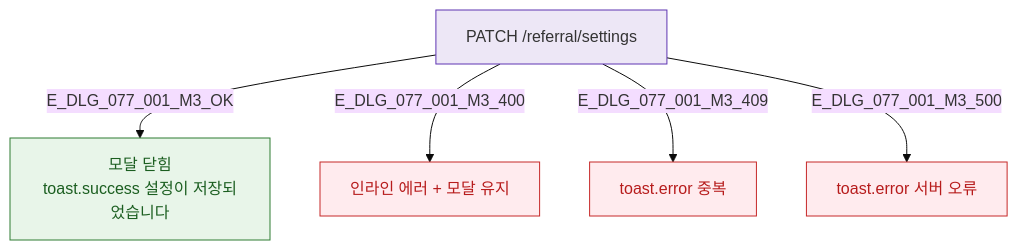
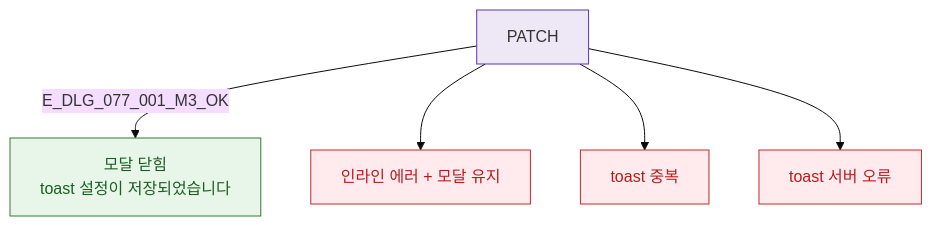
Before and after one commit to dev-spogym/admin-pando: the diagram in docs/다이어그램/D08_마케팅/DLG/DLG-077-001/M3_결과분기.md, drawn with Mermaid (base theme). The commit also changed other lines of this file and 1660 other files, not shown here.

First line of the commit message:
다이어그램: 기획자/클라이언트 납품본으로 정리

````diff
--- a/docs/다이어그램/D08_마케팅/DLG/DLG-077-001/M3_결과분기.md
+++ b/docs/다이어그램/D08_마케팅/DLG/DLG-077-001/M3_결과분기.md
@@ -14,15 +12,15 @@
 ```mermaid
 flowchart TD
-  API[PATCH /referral/settings] -->|E_DLG_077_001_M3_OK| SUCCESS[모달 닫힘\ntoast.success 설정이 저장되었습니다]
-  API -->|E_DLG_077_001_M3_400| ERR_400[인라인 에러 + 모달 유지]
-  API -->|E_DLG_077_001_M3_409| ERR_409[toast.error 중복]
-  API -->|E_DLG_077_001_M3_500| ERR_500[toast.error 서버 오류]
+  API[PATCH] -->|E_DLG_077_001_M3_OK|SUCCESS[모달 닫힘\ntoast 설정이 저장되었습니다]
+  API --> ERR_400[인라인 에러 + 모달 유지]
+  API --> ERR_409[toast 중복]
+  API --> ERR_500[toast 서버 오류]
 
   classDef success fill:#E8F5E9,stroke:#2E7D32,color:#1B5E20
-  classDef error   fill:#FFEBEE,stroke:#C62828,color:#B71C1C
-  classDef system  fill:#EDE7F6,stroke:#5E35B2
+  classDef error fill:#FFEBEE,stroke:#C62828,color:#B71C1C
+  classDef system fill:#EDE7F6,stroke:#5E35B2
 
   class SUCCESS success
   class ERR_400,ERR_409,ERR_500 error
   class API system
 ```
````
